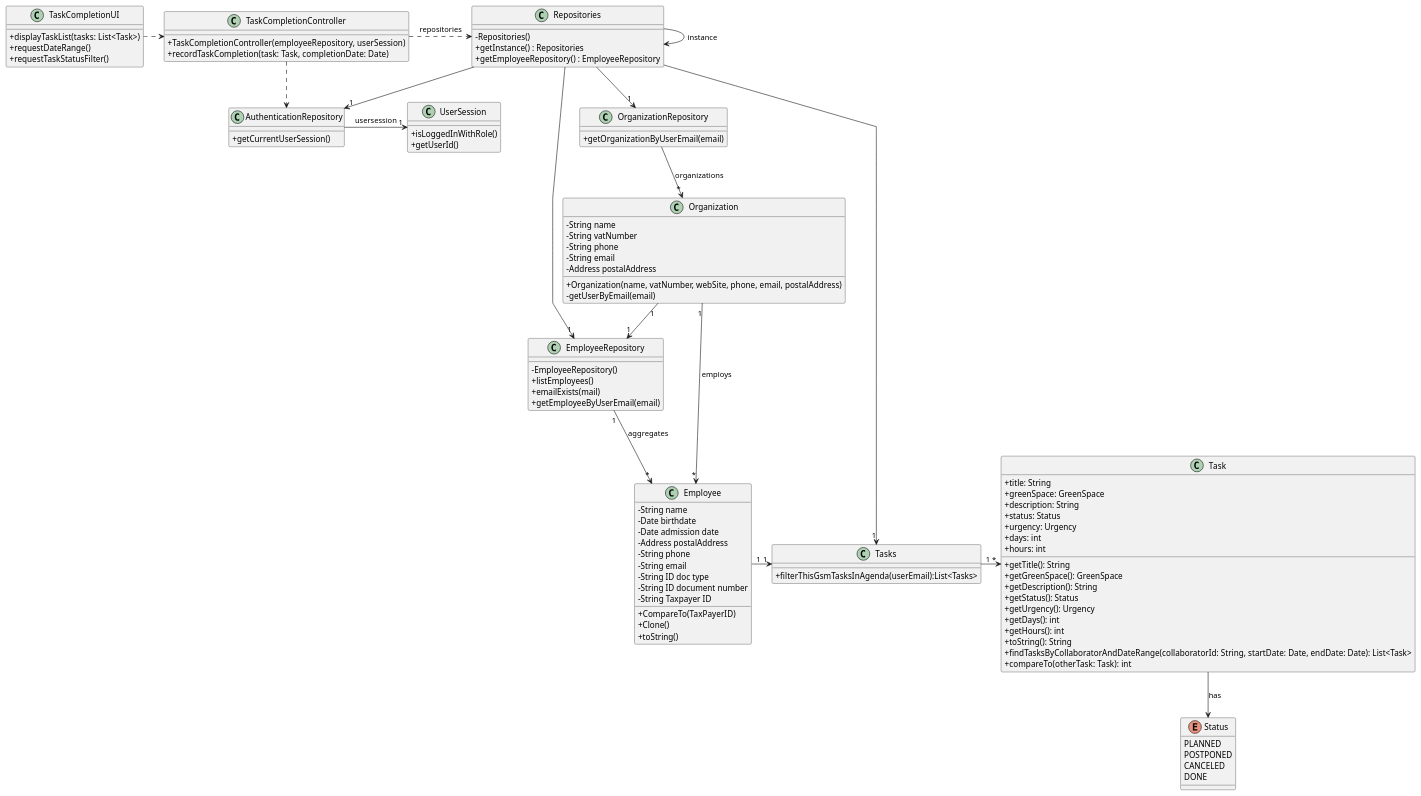
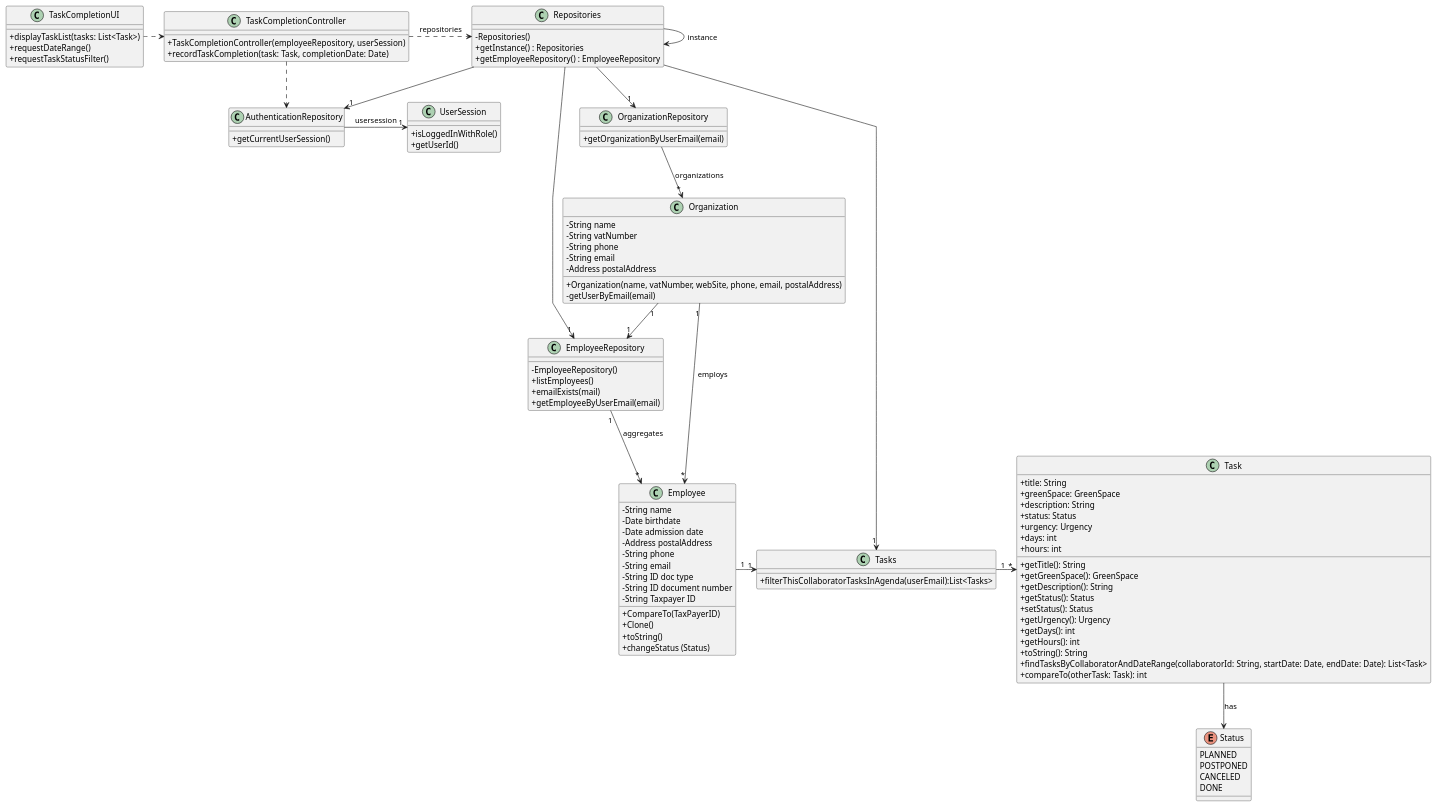
Before and after one commit to Mendoncaa/LAPR2: the diagram in docs/sprintC/US029/03.design/puml/us029-class-diagram.puml, drawn with PlantUML. The commit also changed 12 other files, not shown here.

Commit message:
ssd (US01; US04); class diagram and sequence diagram (US28; US29), code test AssignSkillControllerTes, CreateSkillControllerTest

```diff
--- a/docs/sprintC/US029/03.design/puml/us029-class-diagram.puml
+++ b/docs/sprintC/US029/03.design/puml/us029-class-diagram.puml
@@ -1,130 +1,131 @@
 @startuml
 'skinparam monochrome true
 skinparam packageStyle rectangle
 skinparam shadowing false
 skinparam linetype polyline
 'skinparam linetype orto
 
 skinparam classAttributeIconSize 0
 
 'left to right direction
 
 
 class TaskCompletionUI {
     + displayTaskList(tasks: List<Task>)
     + requestDateRange()
     + requestTaskStatusFilter()
 }
 
 class TaskCompletionController {
     + TaskCompletionController(employeeRepository, userSession)
     + recordTaskCompletion(task: Task, completionDate: Date)
 }
 
 class Repositories {
     - Repositories()
     + getInstance() : Repositories
     + getEmployeeRepository() : EmployeeRepository
 
 }
 
 class OrganizationRepository {
     + getOrganizationByUserEmail(email)
 }
 
 class Organization {
     - String name
     - String vatNumber
     - String phone
     - String email
     - Address postalAddress
     + Organization(name, vatNumber, webSite, phone, email, postalAddress)
     - getUserByEmail(email)
 }
 
 class AuthenticationRepository {
     + getCurrentUserSession()
 }
 
 class UserSession {
     + isLoggedInWithRole()
     + getUserId()
 }
 
 class EmployeeRepository {
     - EmployeeRepository()
     + listEmployees()
     + emailExists(mail)
     + getEmployeeByUserEmail(email)
 }
 
 class Employee {
     - String name
     - Date birthdate
     - Date admission date
     - Address postalAddress
     - String phone
     - String email
     - String ID doc type
     - String ID document number
     - String Taxpayer ID
     + CompareTo(TaxPayerID)
     + Clone()
     + toString()
+    + changeStatus (Status)
 }
 
 
 class Tasks {
-    +filterThisGsmTasksInAgenda(userEmail):List<Tasks>
+    +filterThisCollaboratorTasksInAgenda(userEmail):List<Tasks>
 }
 
 class Task {
     + title: String
     + greenSpace: GreenSpace
     + description: String
     + status: Status
     + urgency: Urgency
     + days: int
     + hours: int
     + getTitle(): String
     + getGreenSpace(): GreenSpace
     + getDescription(): String
     + getStatus(): Status
+    +setStatus(): Status
     + getUrgency(): Urgency
     + getDays(): int
     + getHours(): int
     + toString(): String
     + findTasksByCollaboratorAndDateRange(collaboratorId: String, startDate: Date, endDate: Date): List<Task>
     + compareTo(otherTask: Task): int
 }
 
 
 enum Status {
     PLANNED
     POSTPONED
     CANCELED
     DONE
 }
-
 
 
 
 
 Repositories -> Repositories : instance
 TaskCompletionUI .> TaskCompletionController
 TaskCompletionController.> AuthenticationRepository
 Repositories --> "1" OrganizationRepository
 OrganizationRepository --> "*" Organization : organizations
 Organization "1" --> "1" EmployeeRepository
 Organization "1" --> "*" Employee : employs
 TaskCompletionController .> Repositories : repositories
 Repositories --> "1" AuthenticationRepository
 Repositories --> "1" EmployeeRepository
 Repositories --> "1" Tasks
 AuthenticationRepository -> "1" UserSession : usersession
 EmployeeRepository "1" --> "*" Employee : aggregates
 Tasks "1" -> "*" Task
 Task --> Status : has
 Employee "1" -> "1" Tasks
 
 @enduml
```
